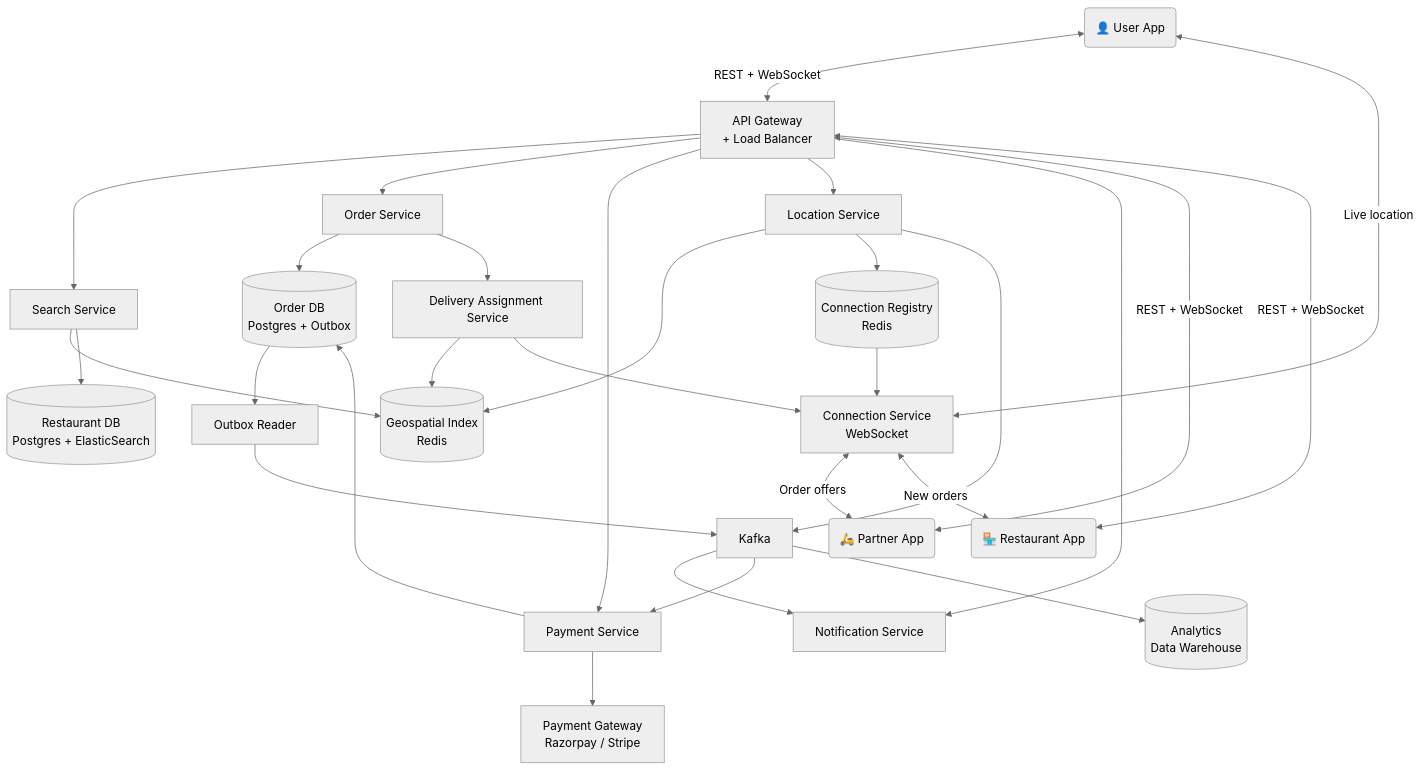
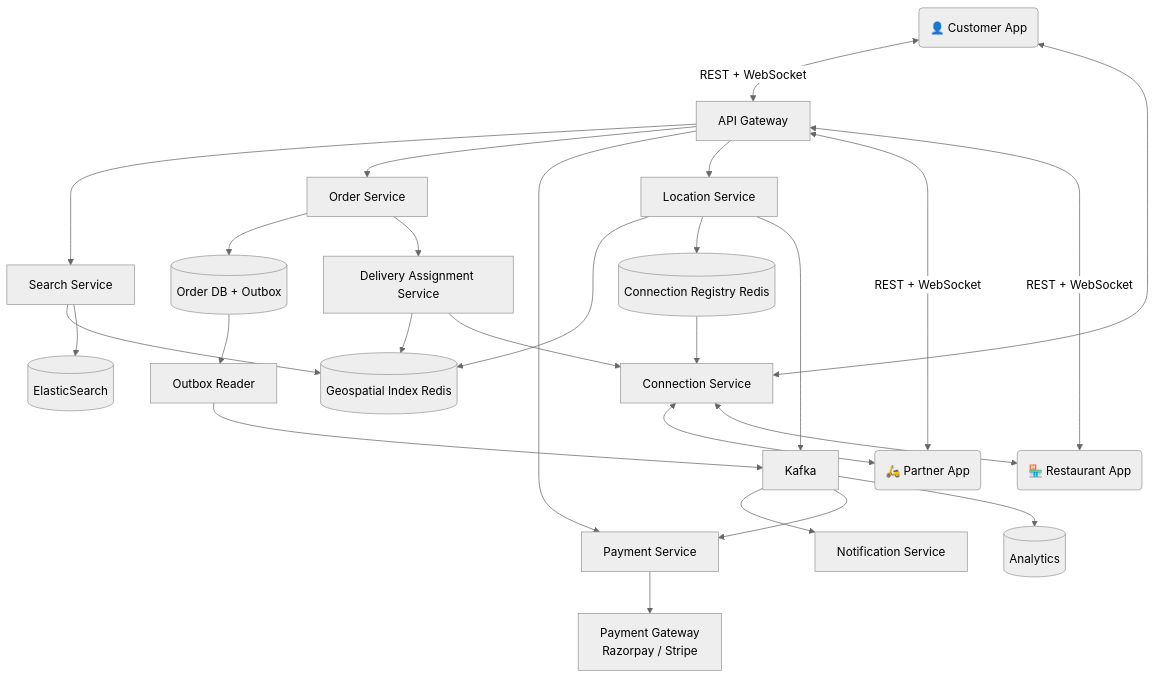
The eighth of 8 diagrams in SYSTEM_DESIGN/Food Delivery System.md (gajwala/DSA-Topic-wise), drawn with Mermaid (neutral theme) before and after one commit. The commit also changed other lines of this file, not shown here.

````diff
--- a/SYSTEM_DESIGN/Food Delivery System.md
+++ b/SYSTEM_DESIGN/Food Delivery System.md
@@ -353,41 +282,28 @@
 ```mermaid
 flowchart TD
-    UA(👤 User App)
+    UA(👤 Customer App)
     RA(🏪 Restaurant App)
     DA(🛵 Partner App)
-
-    UA & RA & DA <-->|REST + WebSocket| GW[API Gateway\n+ Load Balancer]
-
+    UA & RA & DA <-->|REST + WebSocket| GW[API Gateway]
     GW --> SS[Search Service]
     GW --> OS[Order Service]
     GW --> PS[Payment Service]
     GW --> LS[Location Service]
-    GW --> NS[Notification Service]
-
-    SS --> GI[(Geospatial Index\nRedis)]
-    SS --> RDB[(Restaurant DB\nPostgres + ElasticSearch)]
-
-    OS --> ODB[(Order DB\nPostgres + Outbox)]
+    SS --> GI[(Geospatial Index Redis)]
+    SS --> ES[(ElasticSearch)]
+    OS --> ODB[(Order DB + Outbox)]
     OS --> DAS[Delivery Assignment Service]
-
     DAS --> GI
-    DAS --> CS[Connection Service\nWebSocket]
-
+    DAS --> CS[Connection Service]
     LS --> GI
-    LS --> CR[(Connection Registry\nRedis)]
+    LS --> CR[(Connection Registry Redis)]
     LS --> MQ[Kafka]
     CR --> CS
-
     PS --> PG[Payment Gateway\nRazorpay / Stripe]
-    PS --> ODB
-
     ODB --> OR[Outbox Reader]
     OR --> MQ
-    MQ --> NS
+    MQ --> NS[Notification Service]
     MQ --> PS
-    MQ --> AN[(Analytics\nData Warehouse)]
-
-    CS <-->|Live location| UA
-    CS <-->|Order offers| DA
-    CS <-->|New orders| RA
+    MQ --> AN[(Analytics)]
+    CS <--> UA & DA & RA
 ```
````
